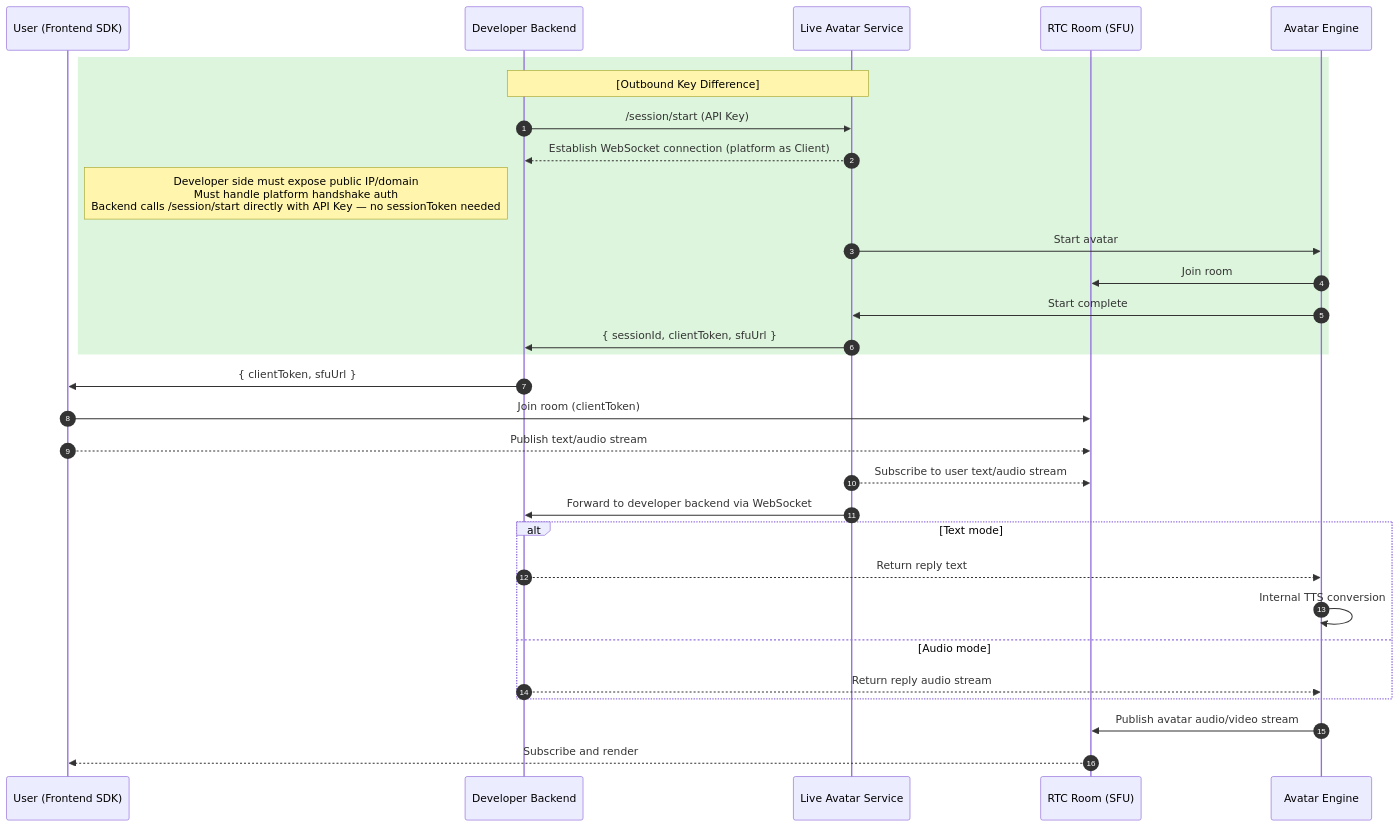
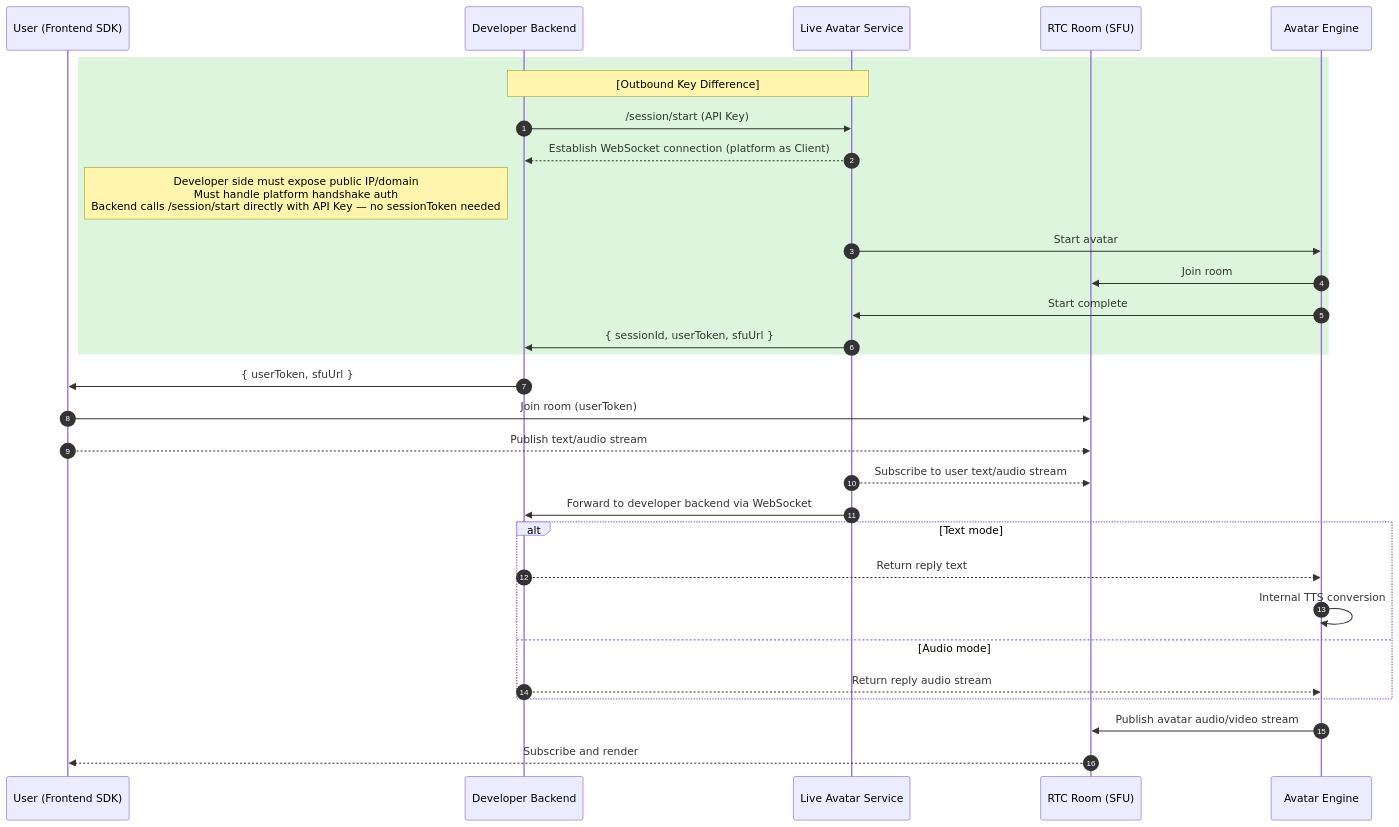
Before and after one commit to newportAI-lab/liveavatar-channel-python: the second of 3 diagrams in PROTOCOL.md, drawn with Mermaid. The commit also changed other lines of this file and 1 other file, not shown here.

````diff
--- a/PROTOCOL.md
+++ b/PROTOCOL.md
@@ -125,42 +124,42 @@
 ```mermaid
 sequenceDiagram
     autonumber
     participant User as User (Frontend SDK)
     participant AppServer as Developer Backend
     participant Platform as Live Avatar Service
     participant RTC as RTC Room (SFU)
     participant Avatar as Avatar Engine
 
     %% Key difference: Outbound mode — backend calls /session/start directly, no sessionToken needed
     rect rgb(220, 245, 220)
     Note over AppServer, Platform: [Outbound Key Difference]
     AppServer->>Platform: /session/start (API Key)
     Platform-->>AppServer: Establish WebSocket connection (platform as Client)
     Note left of AppServer: Developer side must expose public IP/domain<br/>Must handle platform handshake auth<br/>Backend calls /session/start directly with API Key — no sessionToken needed
     Platform->>Avatar: Start avatar
     Avatar->>RTC: Join room
     Avatar->>Platform: Start complete
-    Platform->>AppServer: { sessionId, clientToken, sfuUrl }
+    Platform->>AppServer: { sessionId, userToken, sfuUrl }
     end
 
-    AppServer->>User: { clientToken, sfuUrl }
+    AppServer->>User: { userToken, sfuUrl }
 
     %% 2. RTC link establishment
-    User->>RTC: Join room (clientToken)
+    User->>RTC: Join room (userToken)
     User-->>RTC: Publish text/audio stream
 
     %% 3. Core business loop
     Platform-->>RTC: Subscribe to user text/audio stream
     Platform->>AppServer: Forward to developer backend via WebSocket
 
     alt Text mode
         AppServer-->>Avatar: Return reply text
         Avatar->>Avatar: Internal TTS conversion
     else Audio mode
         AppServer-->>Avatar: Return reply audio stream
     end
 
     %% 4. Avatar feedback
     Avatar->>RTC: Publish avatar audio/video stream
     RTC-->>User: Subscribe and render
 ```
````
